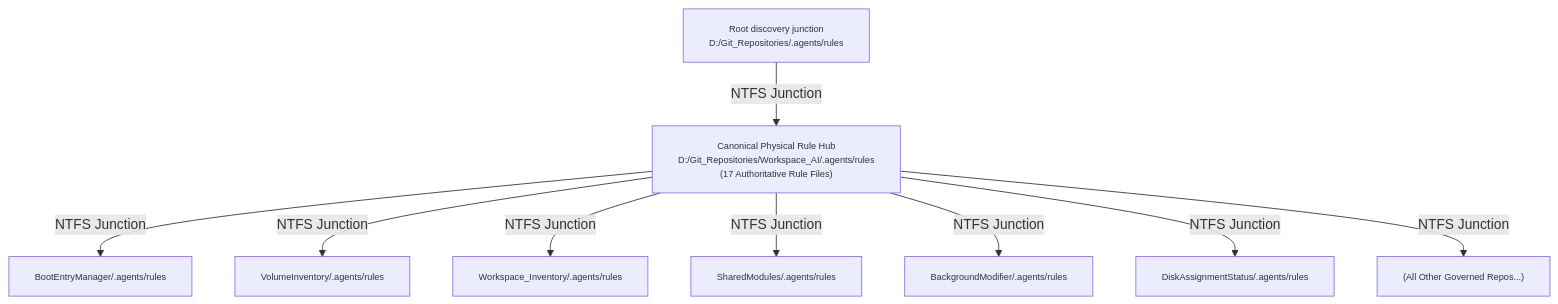
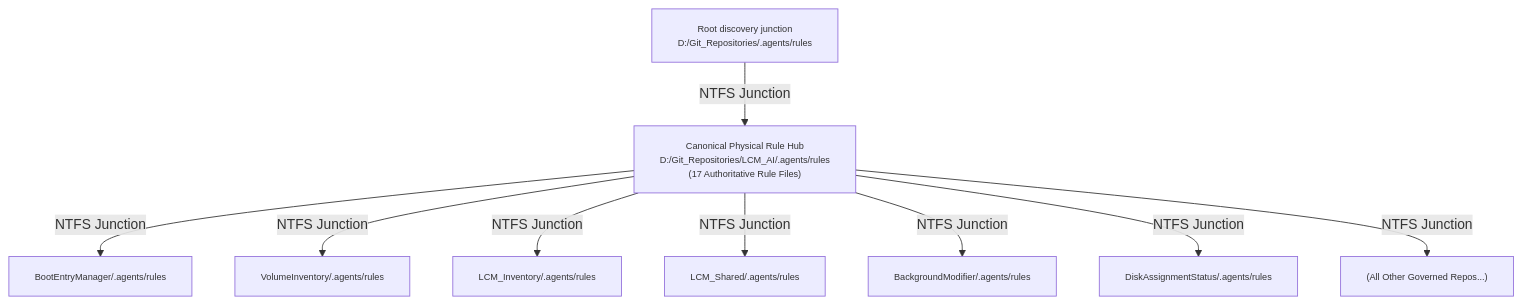
One commit to rgbigel/Workspace_AI changed the first of 2 diagrams in docs/LCM-Rules-Cross-Reference.md. Above: the diagram before and after it, drawn with Mermaid. The commit also changed other lines of this file and 100 other files, not shown here.

First line of the commit message:
chore(lcm): snapshot new workspace structure

````diff
--- a/docs/LCM-Rules-Cross-Reference.md
+++ b/docs/LCM-Rules-Cross-Reference.md
@@ -15,17 +15,17 @@
 ```mermaid
 graph TD
     classDef default font-size:8pt;
     Root["Root discovery junction<br/>D:/Git_Repositories/.agents/rules"]
-    Hub["Canonical Physical Rule Hub<br/>D:/Git_Repositories/Workspace_AI/.agents/rules<br/>(17 Authoritative Rule Files)"]
+    Hub["Canonical Physical Rule Hub<br/>D:/Git_Repositories/LCM_AI/.agents/rules<br/>(17 Authoritative Rule Files)"]
 
     Root -->|NTFS Junction| Hub
     Hub -->|NTFS Junction| J1["BootEntryManager/.agents/rules"]
     Hub -->|NTFS Junction| J2["VolumeInventory/.agents/rules"]
-    Hub -->|NTFS Junction| J3["Workspace_Inventory/.agents/rules"]
-    Hub -->|NTFS Junction| J4["SharedModules/.agents/rules"]
+    Hub -->|NTFS Junction| J3["LCM_Inventory/.agents/rules"]
+    Hub -->|NTFS Junction| J4["LCM_Shared/.agents/rules"]
     Hub -->|NTFS Junction| J5["BackgroundModifier/.agents/rules"]
     Hub -->|NTFS Junction| J6["DiskAssignmentStatus/.agents/rules"]
     Hub -->|NTFS Junction| J7["(All Other Governed Repos...)"]
 
 
 ```
````
